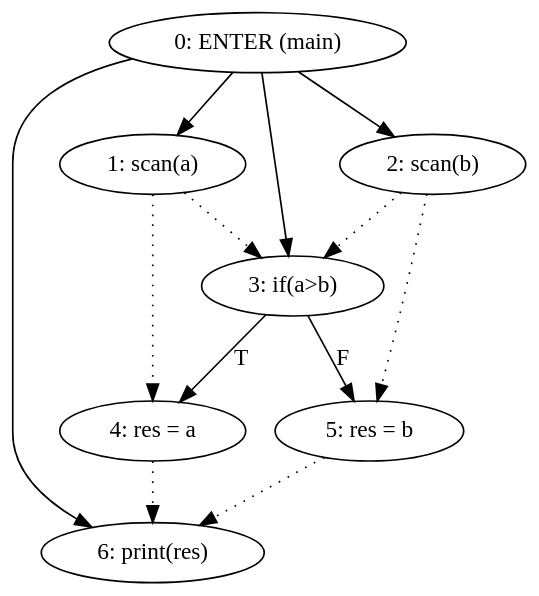
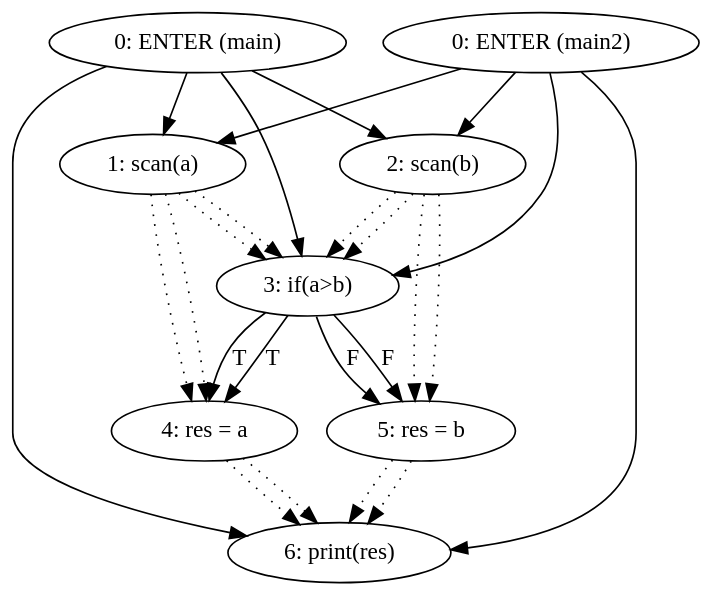
One commit to MiguelCosta/ATS changed the diagram in Final/Cmb/Gramatica/output/pdg.gv. Above: the diagram before and after it, drawn with Graphviz. The commit also changed 162 other files, not shown here.

```diff
--- a/Final/Cmb/Gramatica/output/pdg.gv
+++ b/Final/Cmb/Gramatica/output/pdg.gv
@@ -1,26 +1,49 @@
 digraph mainmapPDG {
 graph [bgcolor=transparent];
 "0:ENTER (main)"[label="0: ENTER (main)"];
 "1:scan(a)"[label="1: scan(a)"];
 "2:scan(b)"[label="2: scan(b)"];
 "3:if(a>b)"[label="3: if(a>b)"];
 "4:res = a"[label="4: res = a"];
 "5:res = b"[label="5: res = b"];
 "6:print(res)"[label="6: print(res)"];
 
 
 "0:ENTER (main)" -> "1:scan(a)";
 	"0:ENTER (main)" -> "2:scan(b)";
 	"0:ENTER (main)" -> "3:if(a>b)";
 	"0:ENTER (main)" -> "6:print(res)";
 	"3:if(a>b)" -> "4:res = a"[label="T"];
 	"3:if(a>b)" -> "5:res = b"[label="F"];
 	
 
 "1:scan(a)" -> "3:if(a>b)" [style=dotted];
 	"1:scan(a)" -> "4:res = a" [style=dotted];
 	"2:scan(b)" -> "3:if(a>b)" [style=dotted];
 	"2:scan(b)" -> "5:res = b" [style=dotted];
 	"4:res = a" -> "6:print(res)" [style=dotted];
 	"5:res = b" -> "6:print(res)" [style=dotted];
+	"0:ENTER (main2)"[label="0: ENTER (main2)"];
+"1:scan(a)"[label="1: scan(a)"];
+"2:scan(b)"[label="2: scan(b)"];
+"3:if(a>b)"[label="3: if(a>b)"];
+"4:res = a"[label="4: res = a"];
+"5:res = b"[label="5: res = b"];
+"6:print(res)"[label="6: print(res)"];
+
+
+"0:ENTER (main2)" -> "1:scan(a)";
+	"0:ENTER (main2)" -> "2:scan(b)";
+	"0:ENTER (main2)" -> "3:if(a>b)";
+	"0:ENTER (main2)" -> "6:print(res)";
+	"3:if(a>b)" -> "4:res = a"[label="T"];
+	"3:if(a>b)" -> "5:res = b"[label="F"];
+	
+
+"1:scan(a)" -> "3:if(a>b)" [style=dotted];
+	"1:scan(a)" -> "4:res = a" [style=dotted];
+	"2:scan(b)" -> "3:if(a>b)" [style=dotted];
+	"2:scan(b)" -> "5:res = b" [style=dotted];
+	"4:res = a" -> "6:print(res)" [style=dotted];
+	"5:res = b" -> "6:print(res)" [style=dotted];
 	}
```
